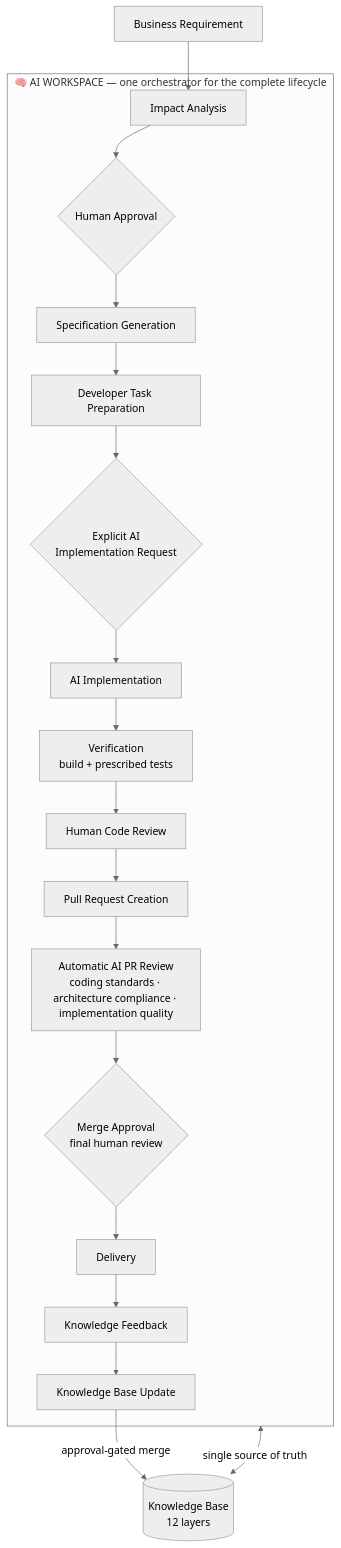
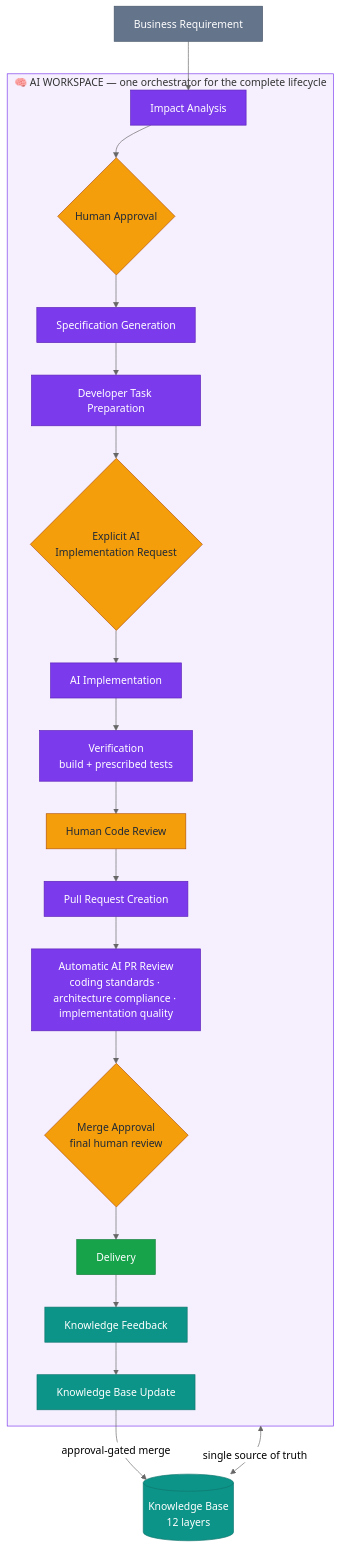
The third of 6 diagrams in peopledesk-ba-workspace/README.md (peopledesk-app/engineering-blueprint), drawn with Mermaid (neutral theme) before and after one commit. The commit also changed other lines of this file, not shown here.

First line of the commit message:
Color-code all diagrams with a consistent semantic palette

````diff
--- a/peopledesk-ba-workspace/README.md
+++ b/peopledesk-ba-workspace/README.md
@@ -135,26 +161,38 @@
 ```mermaid
 flowchart TB
 
 REQ[Business Requirement]
 KB[(Knowledge Base<br/>12 layers)]
 
 subgraph WS["🧠 AI WORKSPACE — one orchestrator for the complete lifecycle"]
     IA[Impact Analysis] --> HA{Human Approval}
     HA --> SPEC[Specification Generation]
     SPEC --> TASK[Developer Task Preparation]
     TASK --> EXP{"Explicit AI<br/>Implementation Request"}
     EXP --> IMPL[AI Implementation]
     IMPL --> VER["Verification<br/>build + prescribed tests"]
     VER --> HCR[Human Code Review]
     HCR --> PR[Pull Request Creation]
     PR --> AIPR["Automatic AI PR Review<br/>coding standards · architecture compliance · implementation quality"]
     AIPR --> MA{"Merge Approval<br/>final human review"}
     MA --> DEL[Delivery]
     DEL --> KF[Knowledge Feedback]
     KF --> KBU[Knowledge Base Update]
 end
 
 REQ --> IA
 KB <-->|single source of truth| WS
 KBU -->|approval-gated merge| KB
+
+classDef ai fill:#7C3AED,stroke:#5B21B6,color:#FFFFFF
+classDef human fill:#F59E0B,stroke:#B45309,color:#1F2937
+classDef kb fill:#0D9488,stroke:#0F766E,color:#FFFFFF
+classDef live fill:#16A34A,stroke:#15803D,color:#FFFFFF
+classDef input fill:#64748B,stroke:#475569,color:#FFFFFF
+class IA,SPEC,TASK,IMPL,VER,PR,AIPR ai
+class HA,EXP,HCR,MA human
+class DEL live
+class KF,KBU,KB kb
+class REQ input
+style WS fill:#7C3AED14,stroke:#7C3AED
 ```
````
